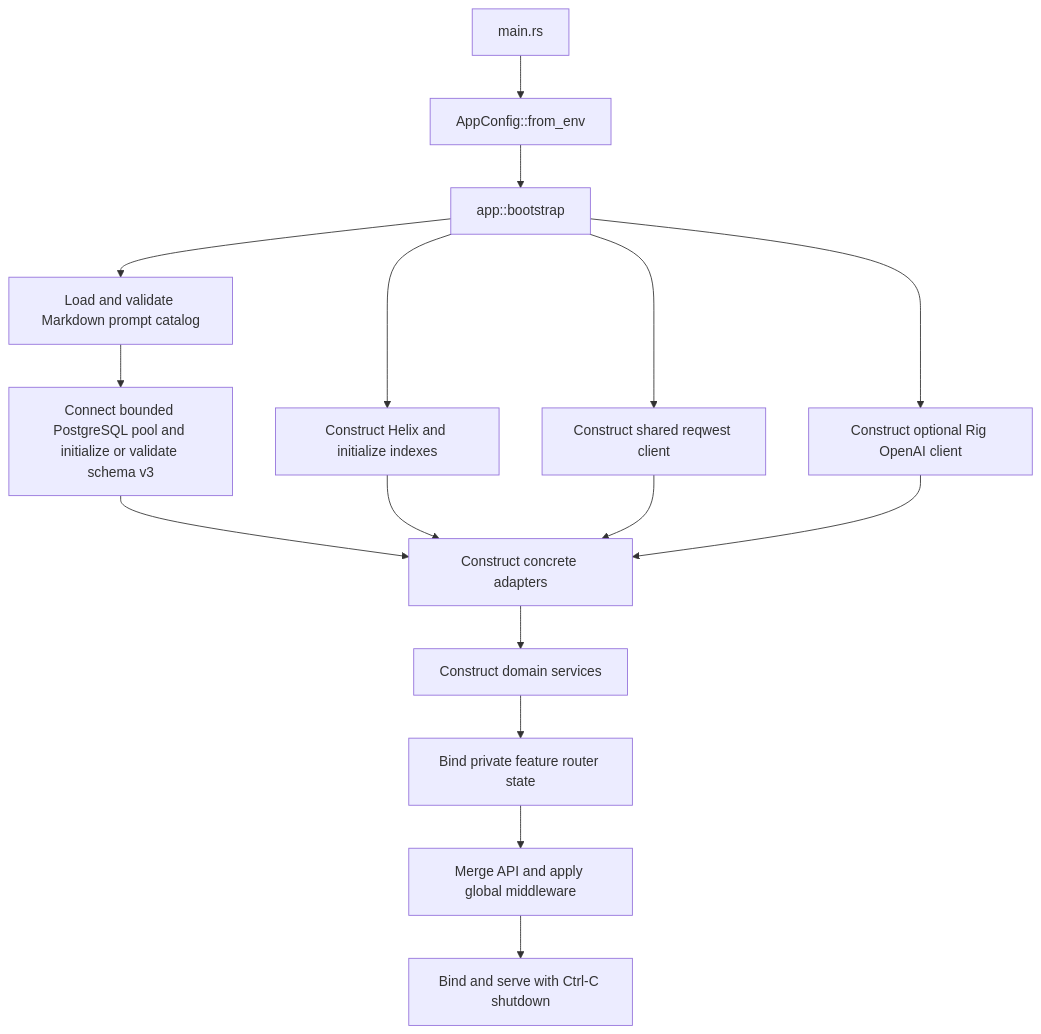
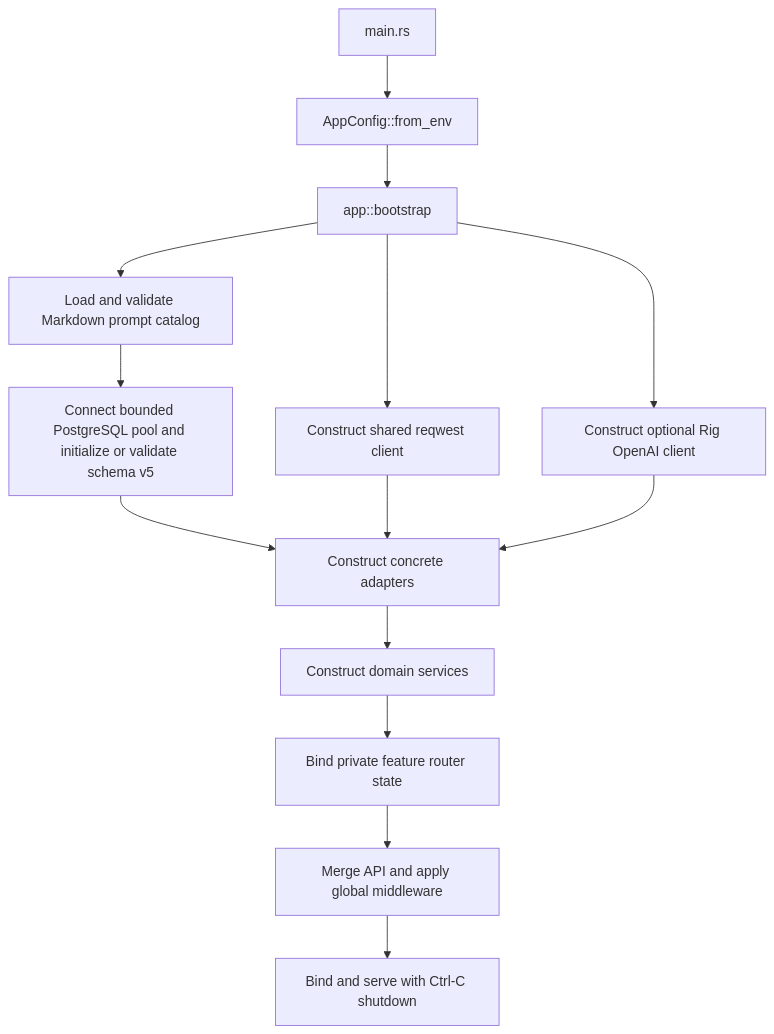
One commit to ratik-gambhir-WM/Quarry changed the second of 2 diagrams in docs/ARCHITECTURE.md. Above: the diagram before and after it, drawn with Mermaid. The commit also changed other lines of this file and 114 other files, not shown here.

````diff
--- a/docs/ARCHITECTURE.md
+++ b/docs/ARCHITECTURE.md
@@ -1586,18 +1589,16 @@
 ```mermaid
 flowchart TD
     Main[main.rs] --> Config[AppConfig::from_env]
     Config --> Bootstrap[app::bootstrap]
     Bootstrap --> Prompts[Load and validate Markdown prompt catalog]
-    Prompts --> Postgres[Connect bounded PostgreSQL pool and initialize or validate schema v3]
-    Bootstrap --> Helix[Construct Helix and initialize indexes]
+    Prompts --> Postgres[Connect bounded PostgreSQL pool and initialize or validate schema v5]
     Bootstrap --> Http[Construct shared reqwest client]
     Bootstrap --> Rig[Construct optional Rig OpenAI client]
     Postgres --> Adapters[Construct concrete adapters]
-    Helix --> Adapters
     Http --> Adapters
     Rig --> Adapters
     Adapters --> Domains[Construct domain services]
     Domains --> FeatureRouters[Bind private feature router state]
     FeatureRouters --> Router[Merge API and apply global middleware]
     Router --> Serve[Bind and serve with Ctrl-C shutdown]
 ```
````
